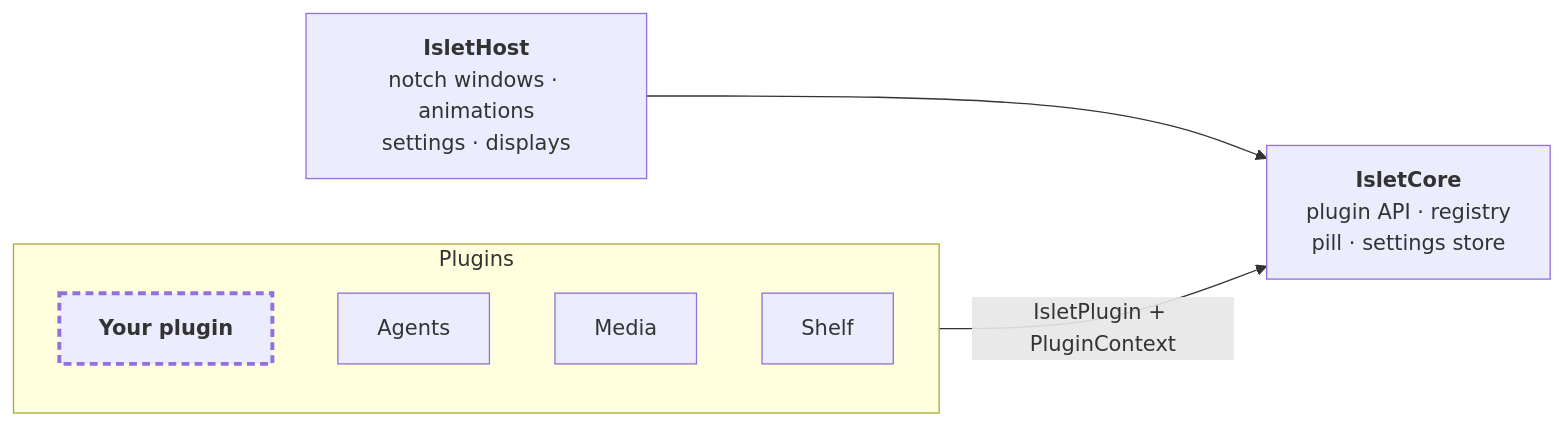
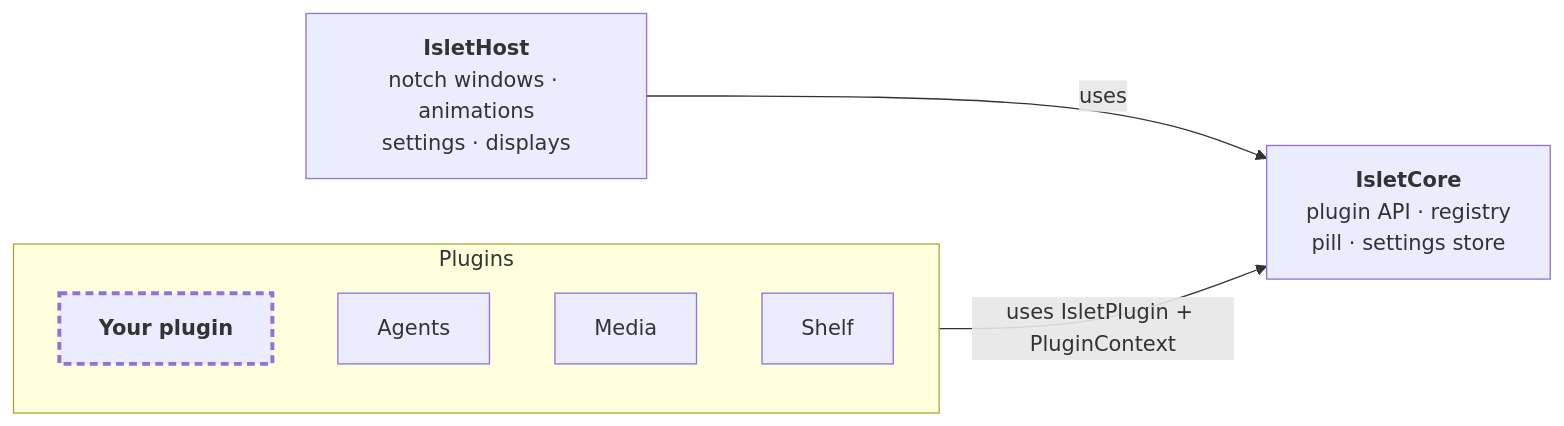
One commit to MariSchn/Islet changed the diagram in README.md. Above: the diagram before and after it, drawn with Mermaid. The commit also changed other lines of this file and 7 other files, not shown here.

````diff
--- a/README.md
+++ b/README.md
@@ -190,15 +192,15 @@
 ```mermaid
 flowchart LR
     subgraph plugins["Plugins"]
         direction TB
         yours["<b>Your plugin</b>"]
         agents["Agents"]
         media["Media"]
         shelf["Shelf"]
     end
     core["<b>IsletCore</b><br/>plugin API · registry<br/>pill · settings store"]
     host["<b>IsletHost</b><br/>notch windows · animations<br/>settings · displays"]
-    plugins -->|"IsletPlugin + PluginContext"| core
-    host --> core
+    plugins -->|"uses IsletPlugin + PluginContext"| core
+    host -->|uses| core
     style yours stroke-width:3px,stroke-dasharray:6 4
 ```
````
